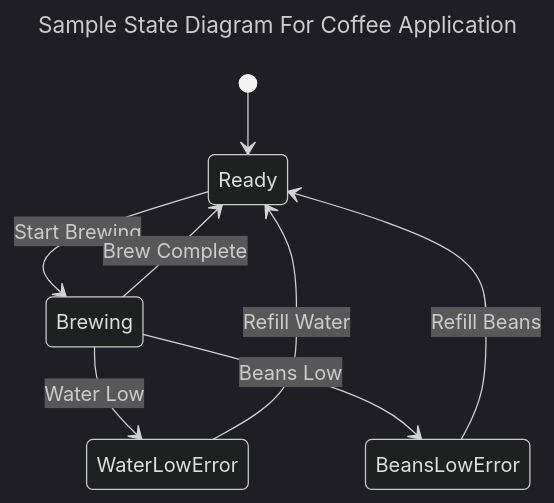
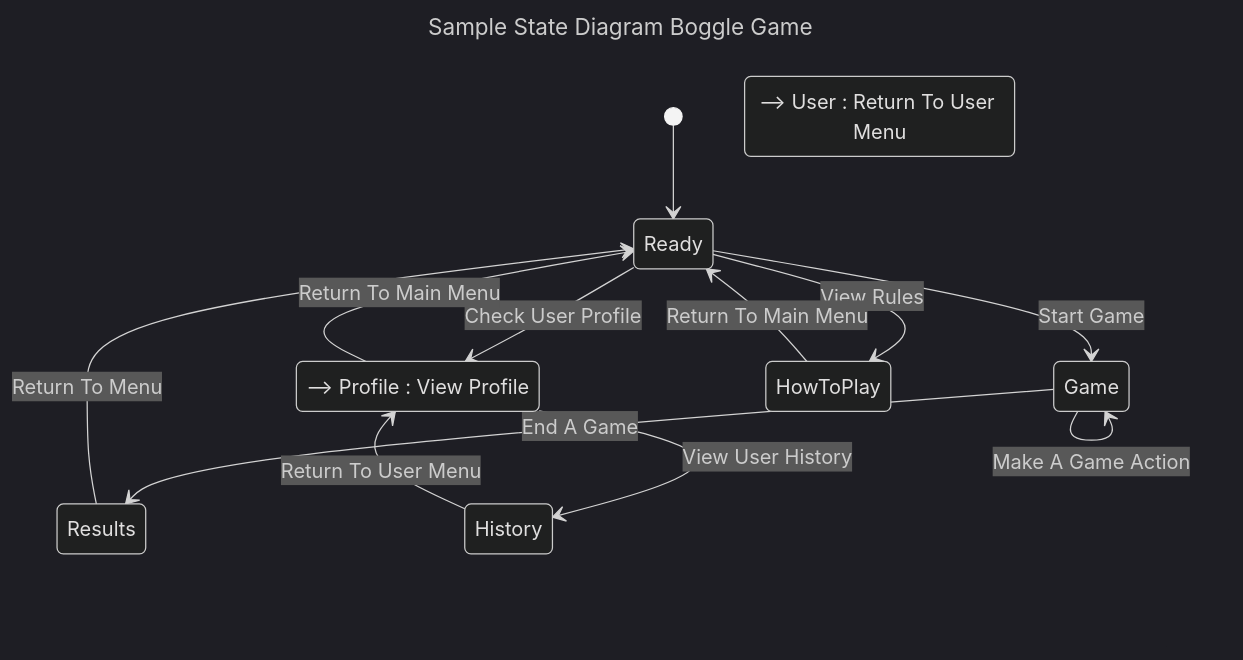
The third of 4 diagrams in README.md (FrancoPE14/BoggleGame), drawn with Mermaid (dark theme) before and after one commit. The commit also changed other lines of this file, not shown here.

Commit message:
Updated README.md to include description and state diagram

````diff
--- a/README.md
+++ b/README.md
@@ -140,13 +128,19 @@
 ```mermaid
 ---
-title: Sample State Diagram For Coffee Application
+title: Sample State Diagram Boggle Game
 ---
 stateDiagram
     [*] --> Ready
-    Ready --> Brewing : Start Brewing
-    Brewing --> Ready : Brew Complete
-    Brewing --> WaterLowError : Water Low
-    WaterLowError --> Ready : Refill Water
-    Brewing --> BeansLowError : Beans Low
-    BeansLowError --> Ready : Refill Beans
+    Ready --> Game : Start Game
+    Ready --> User : Check User Profile
+    Ready --> HowToPlay : View Rules
+    Game --> Game : Make A Game Action
+    Game --> Results : End A Game
+    Results --> Ready : Return To Menu
+    User: --> Profile : View Profile
+    User --> History : View User History
+    User --> Ready : Return To Main Menu
+    Profile: --> User : Return To User Menu
+    History --> User : Return To User Menu
+    HowToPlay --> Ready :Return To Main Menu
 ```
````
